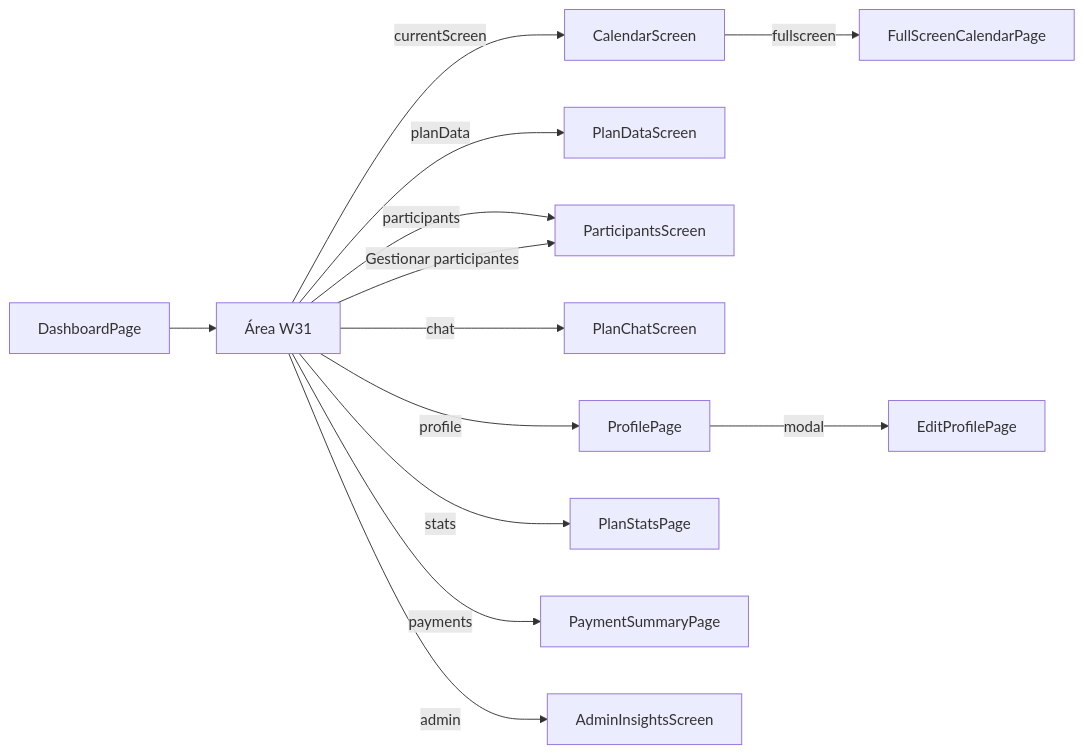
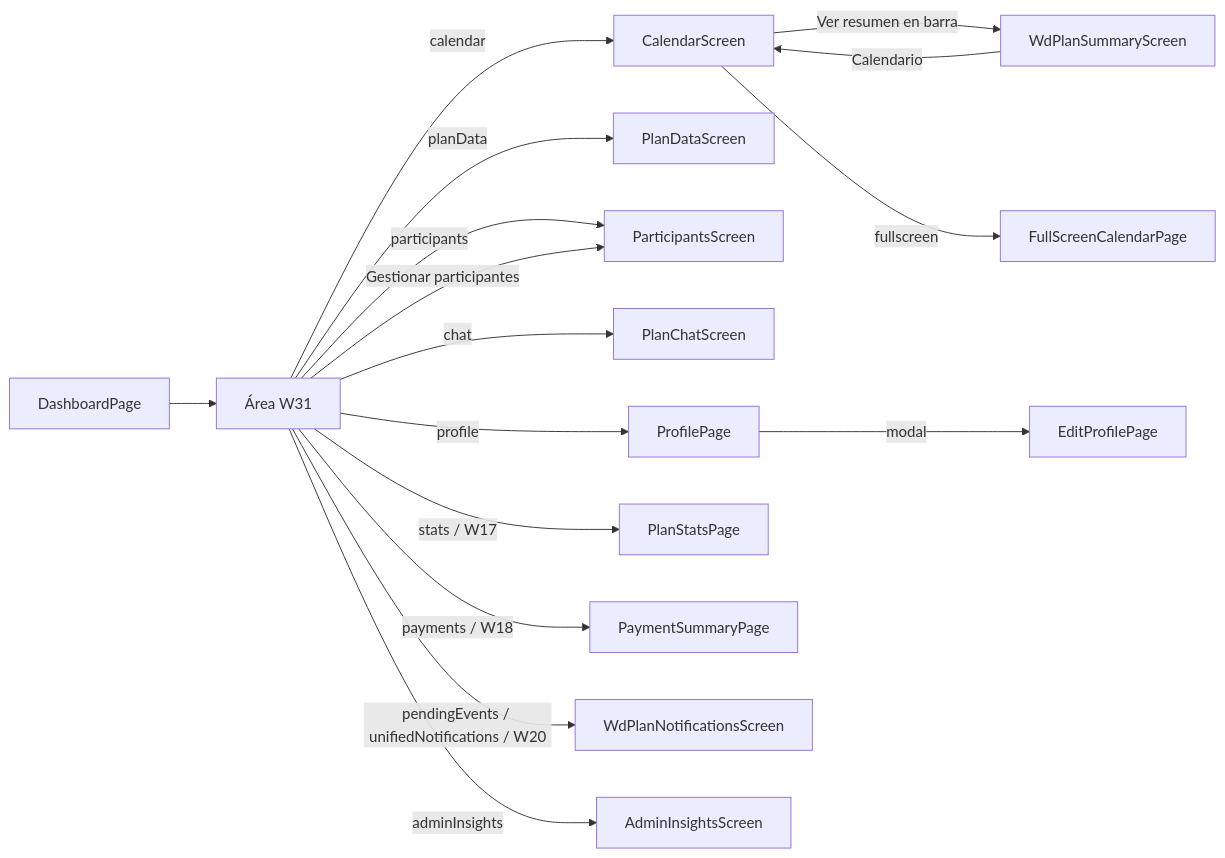
One commit to planazoo/planazoo-platform changed the fourth of 4 diagrams in docs/ux/pages/index.md. Above: the diagram before and after it, drawn with Mermaid. The commit also changed other lines of this file and 31 other files, not shown here.

````diff
--- a/docs/ux/pages/index.md
+++ b/docs/ux/pages/index.md
@@ -300,15 +302,18 @@
 ```mermaid
 flowchart LR
   DASH[DashboardPage] --> W31["Área W31"]
-  W31 -->|currentScreen| CALW[CalendarScreen]
+  W31 -->|calendar| CALW[CalendarScreen]
+  CALW -->|Ver resumen en barra| SUMW[WdPlanSummaryScreen]
+  SUMW -->|Calendario| CALW
   W31 -->|planData| PDATA[PlanDataScreen]
   W31 -->|participants| PSCR[ParticipantsScreen]
   W31 -->|chat| CHAT[PlanChatScreen]
   W31 -->|profile| PROF[ProfilePage]
-  W31 -->|stats| STATS[PlanStatsPage]
-  W31 -->|payments| PAY[PaymentSummaryPage]
-  W31 -->|admin| ADMIN[AdminInsightsScreen]
+  W31 -->|stats / W17| STATS[PlanStatsPage]
+  W31 -->|payments / W18| PAY[PaymentSummaryPage]
+  W31 -->|pendingEvents / unifiedNotifications / W20| NOTIF[WdPlanNotificationsScreen]
+  W31 -->|adminInsights| ADMIN[AdminInsightsScreen]
   W31 -->|Gestionar participantes| PSCR
   CALW -->|fullscreen| FSC[FullScreenCalendarPage]
   PROF -->|modal| EP[EditProfilePage]
 ```
````
